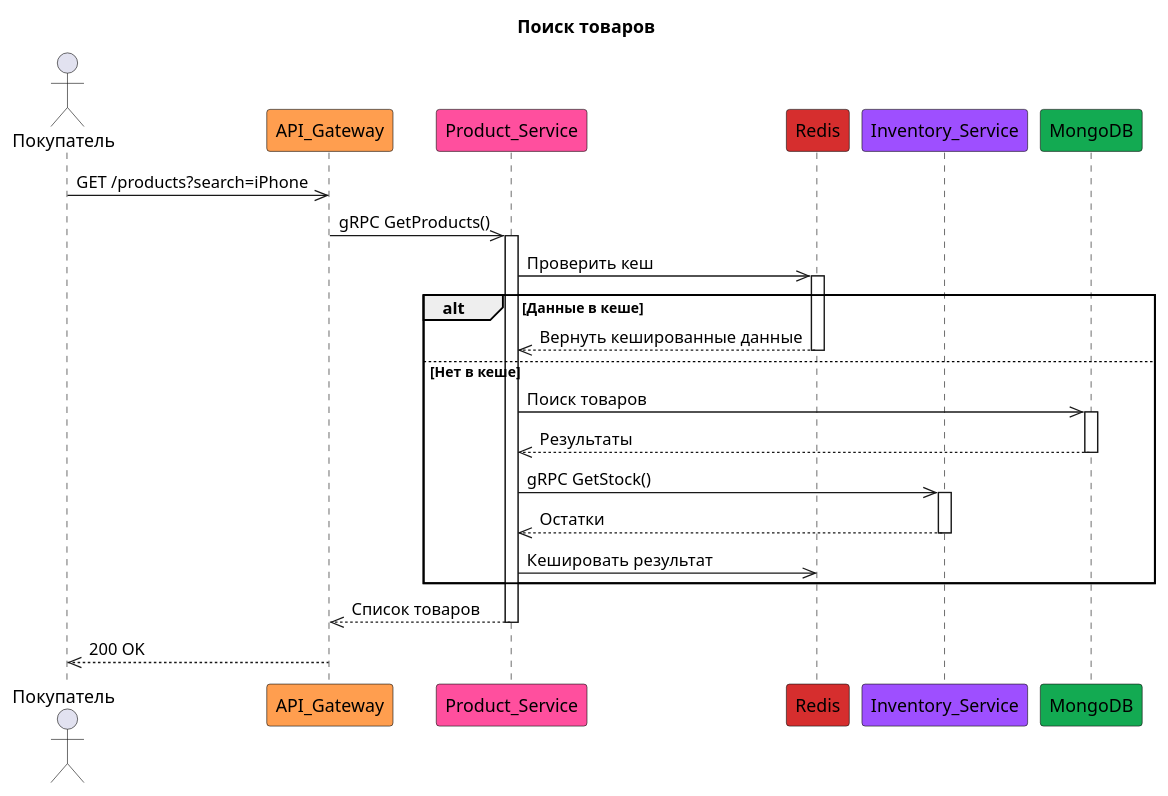
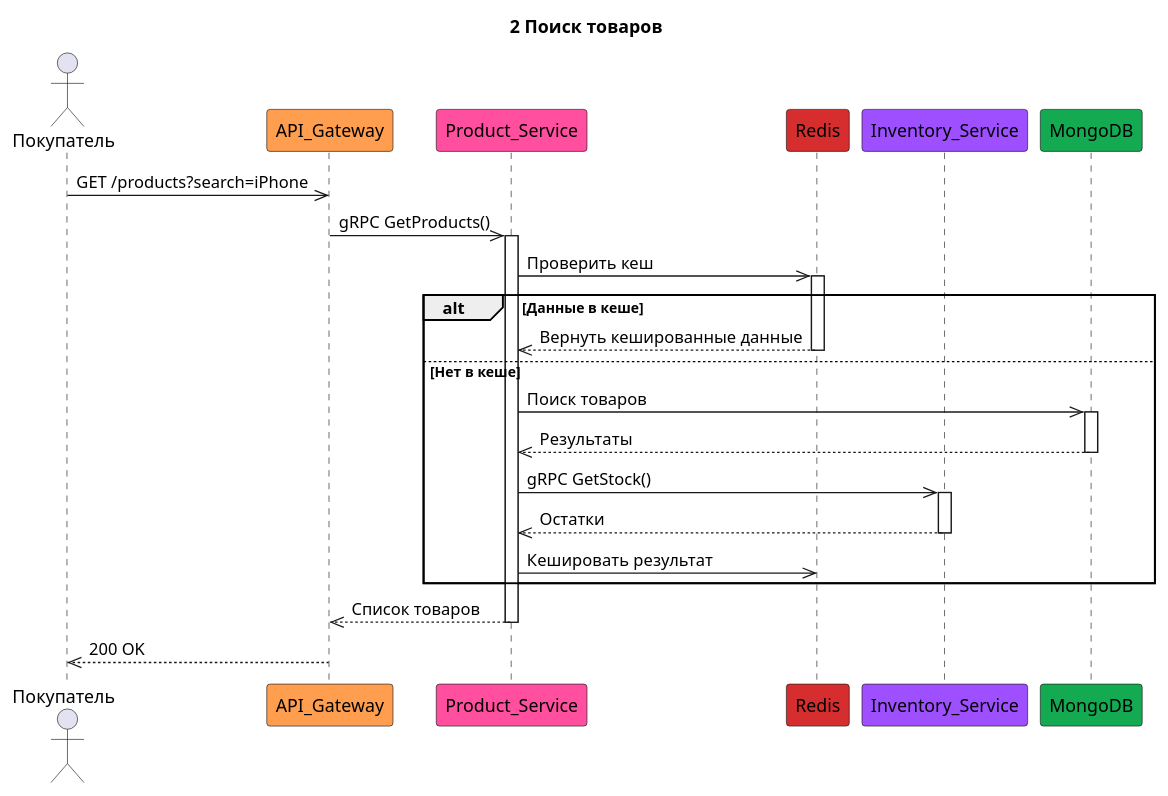
Before and after one commit to puld/otus_am_dz2: the diagram in sequence/02 Поиск товаров.puml, drawn with PlantUML. The commit also changed 5 other files, not shown here.

Commit message:
добавил диаграммы

```diff
--- a/sequence/02 Поиск товаров.puml
+++ b/sequence/02 Поиск товаров.puml
@@ -1,24 +1,24 @@
 @startuml Поиск_товаров
-title Поиск товаров
+title 2 Поиск товаров
     actor Покупатель
     participant API_Gateway #ff9e4f
     participant Product_Service #ff4f9e
     participant Redis #d62e2e
     participant Inventory_Service #9e4fff
     participant MongoDB #13aa52
 
     Покупатель ->> API_Gateway: GET /products?search=iPhone
     API_Gateway ->> Product_Service++: gRPC GetProducts()
     Product_Service ->> Redis++: Проверить кеш
     alt Данные в кеше
         Product_Service <<-- Redis--: Вернуть кешированные данные
     else Нет в кеше
         Product_Service ->> MongoDB++: Поиск товаров
         Product_Service <<-- MongoDB--: Результаты
         Product_Service ->> Inventory_Service++: gRPC GetStock()
         Product_Service <<-- Inventory_Service--: Остатки
         Product_Service ->> Redis: Кешировать результат
     end
     API_Gateway <<-- Product_Service--: Список товаров
     API_Gateway -->> Покупатель: 200 OK
 @enduml
```
